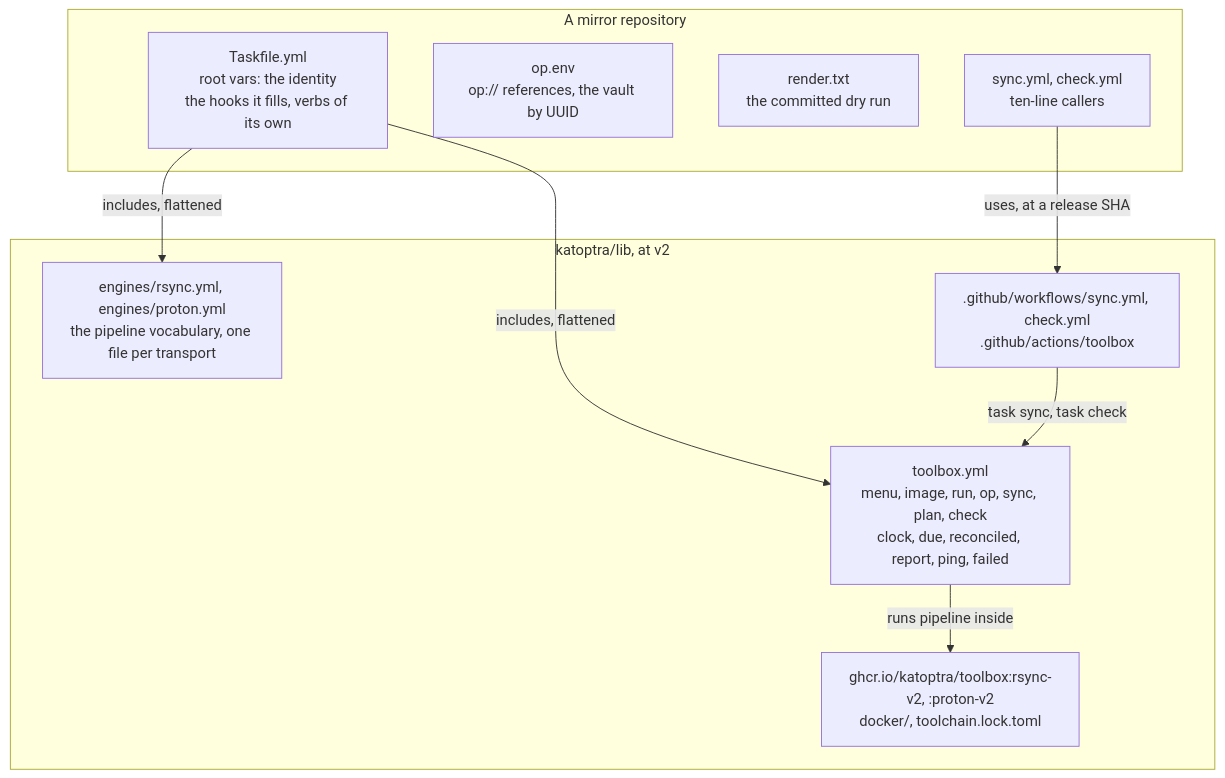
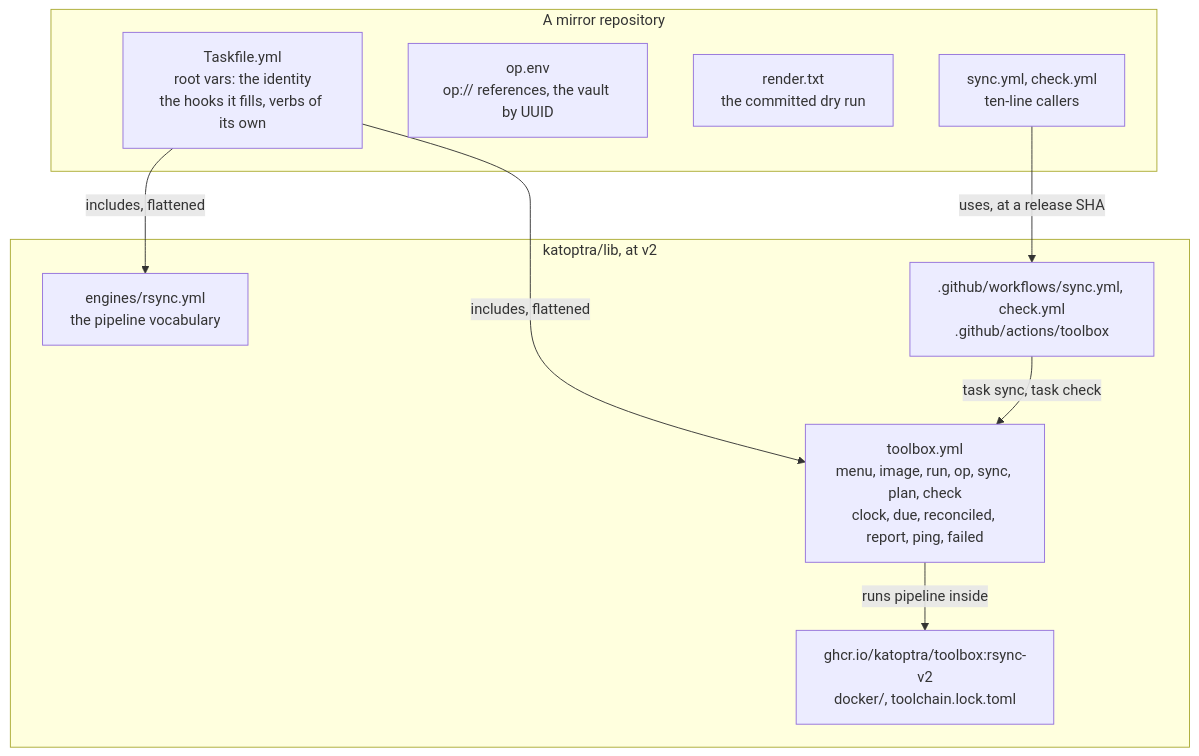
The second of 10 diagrams in README.md (katoptra/lib), drawn with Mermaid before and after one commit. The commit also changed other lines of this file and 17 other files, not shown here.

First line of the commit message:
feat(engines): drop the proton engine and its image (#33)

````diff
--- a/README.md
+++ b/README.md
@@ -79,20 +67,20 @@
 ```mermaid
 flowchart TB
   subgraph mirror["A mirror repository"]
     tf["Taskfile.yml<br/>root vars: the identity<br/>the hooks it fills, verbs of its own"]
     opv["op.env<br/>op:// references, the vault by UUID"]
     rt["render.txt<br/>the committed dry run"]
     cw["sync.yml, check.yml<br/>ten-line callers"]
   end
   subgraph lib["katoptra/lib, at v2"]
     tb["toolbox.yml<br/>menu, image, run, op, sync, plan, check<br/>clock, due, reconciled, report, ping, failed"]
-    en["engines/rsync.yml, engines/proton.yml<br/>the pipeline vocabulary, one file per transport"]
-    im["ghcr.io/katoptra/toolbox:rsync-v2, :proton-v2<br/>docker/, toolchain.lock.toml"]
+    en["engines/rsync.yml<br/>the pipeline vocabulary"]
+    im["ghcr.io/katoptra/toolbox:rsync-v2<br/>docker/, toolchain.lock.toml"]
     wf[".github/workflows/sync.yml, check.yml<br/>.github/actions/toolbox"]
   end
   tf -- "includes, flattened" --> tb
   tf -- "includes, flattened" --> en
   tb -- "runs pipeline inside" --> im
   cw -- "uses, at a release SHA" --> wf
   wf -- "task sync, task check" --> tb
 ```
````
